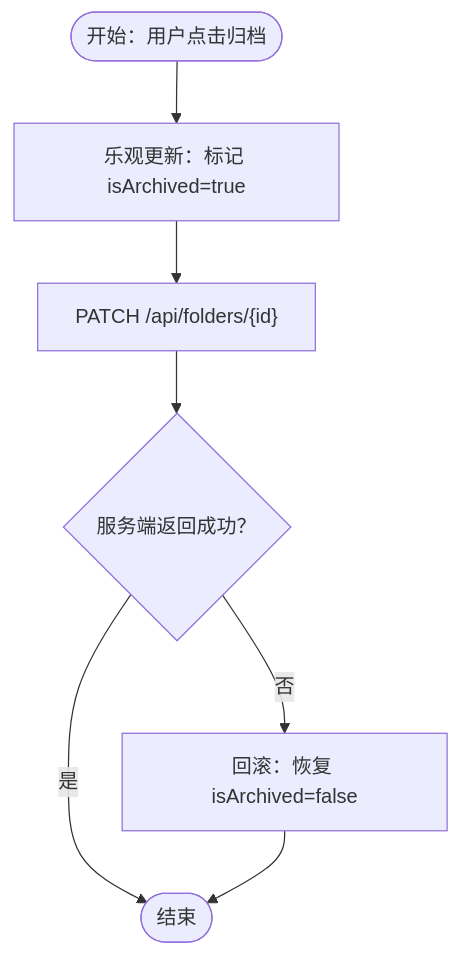
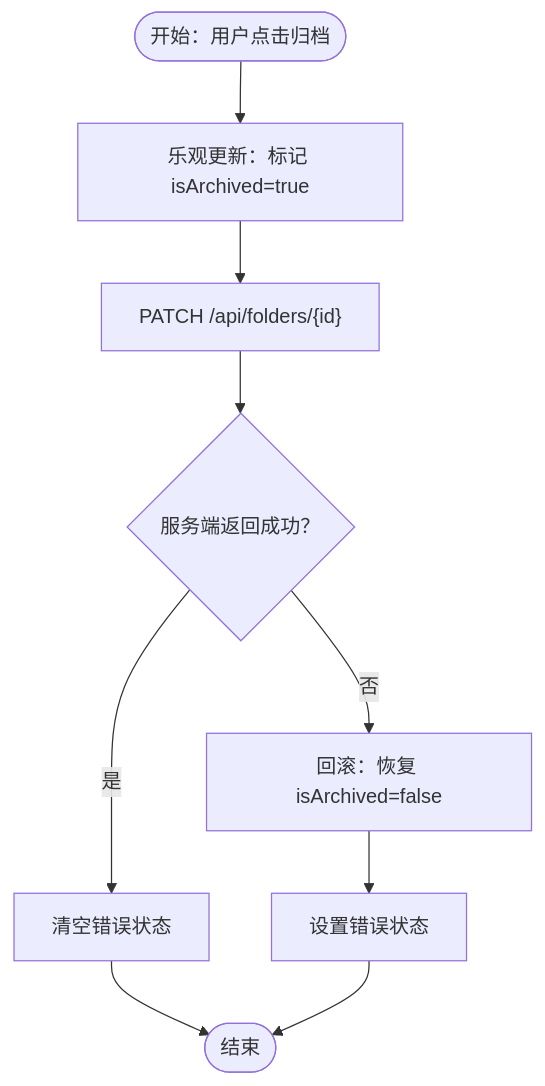
The third of 5 diagrams in .qoder/repowiki/zh/content/状态管理/全局应用状态.md (BlackBoxRecorder/uninote), drawn with Mermaid before and after one commit. The commit also changed other lines of this file and 9 other files, not shown here.

````diff
--- a/.qoder/repowiki/zh/content/状态管理/全局应用状态.md
+++ b/.qoder/repowiki/zh/content/状态管理/全局应用状态.md
@@ -174,9 +203,11 @@
 ```mermaid
 flowchart TD
 Start(["开始：用户点击归档"]) --> Optimistic["乐观更新：标记 isArchived=true"]
 Optimistic --> Patch["PATCH /api/folders/{id}"]
 Patch --> Ok{"服务端返回成功？"}
-Ok --> |是| Done(["结束"])
+Ok --> |是| ClearError["清空错误状态"]
+ClearError --> Done(["结束"])
 Ok --> |否| Rollback["回滚：恢复 isArchived=false"]
-Rollback --> Done
+Rollback --> SetError["设置错误状态"]
+SetError --> Done
 ```
````
